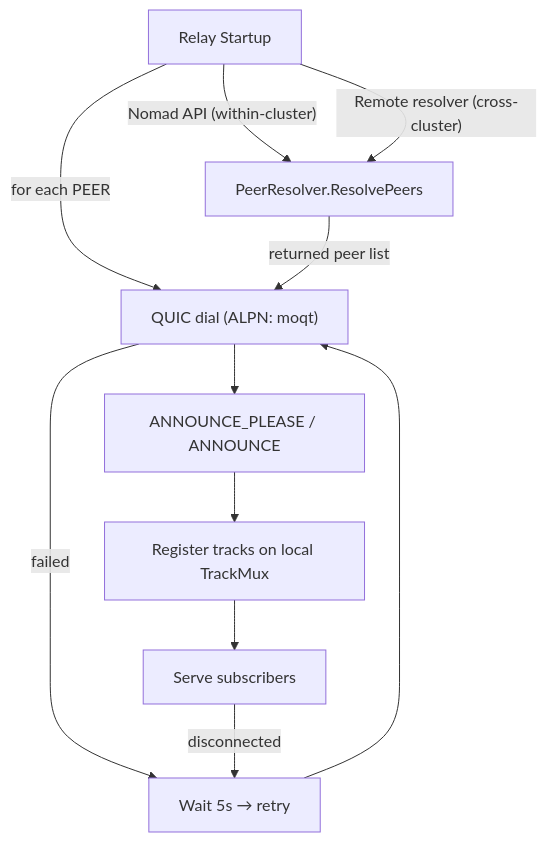
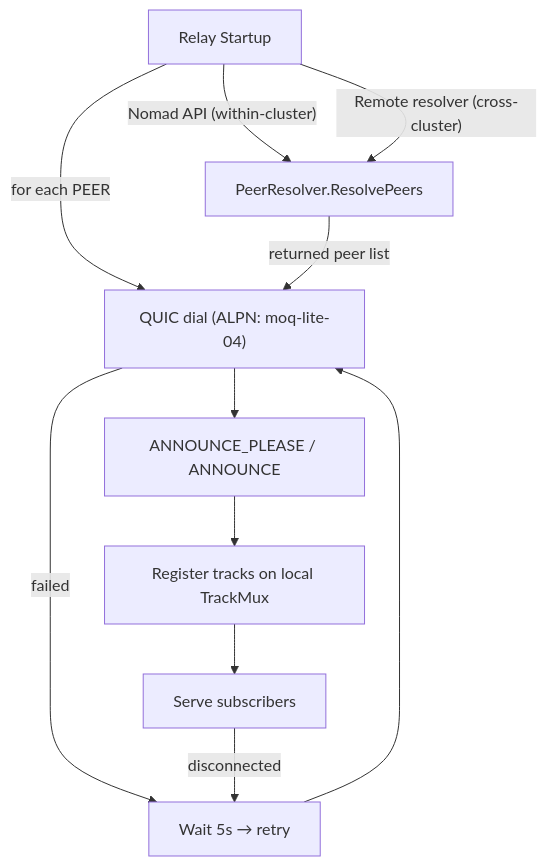
One commit to okdaichi/qumo changed the second of 2 diagrams in README.md. Above: the diagram before and after it, drawn with Mermaid. The commit also changed other lines of this file, not shown here.

````diff
--- a/README.md
+++ b/README.md
@@ -95,18 +96,18 @@
 ```mermaid
 graph TD
     Start["Relay Startup"]
 
     Start -->|"for each PEER"| ALPN
     Start -->|"Nomad API (within-cluster)"| Resolve["PeerResolver.ResolvePeers"]
     Start -->|"Remote resolver (cross-cluster)"| Resolve
 
     Resolve -->|"returned peer list"| ALPN
 
-    ALPN["QUIC dial (ALPN: moqt)"] --> Announce["ANNOUNCE_PLEASE / ANNOUNCE"]
+    ALPN["QUIC dial (ALPN: moq-lite-04)"] --> Announce["ANNOUNCE_PLEASE / ANNOUNCE"]
     Announce --> TrackMux["Register tracks on local TrackMux"]
     TrackMux --> Serve["Serve subscribers"]
 
     ALPN -->|"failed"| Retry["Wait 5s → retry"]
     Serve -->|"disconnected"| Retry
     Retry --> ALPN
 ```
````
